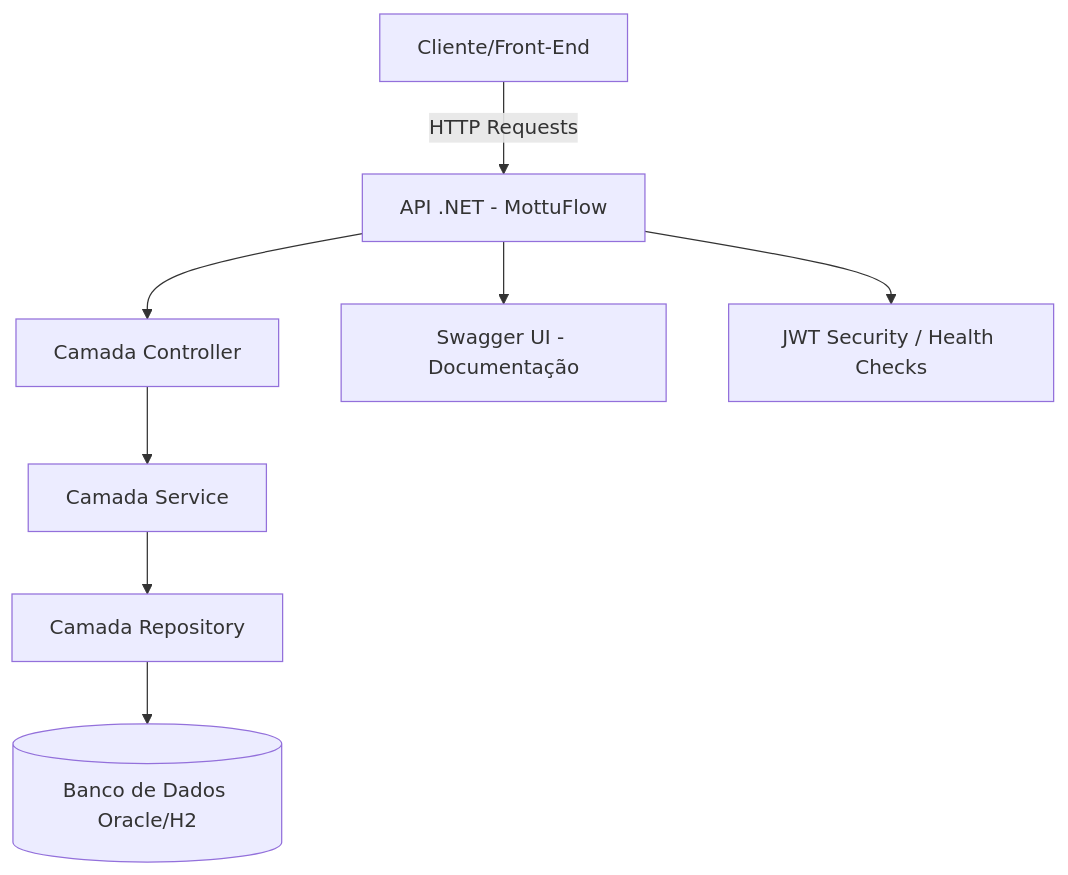
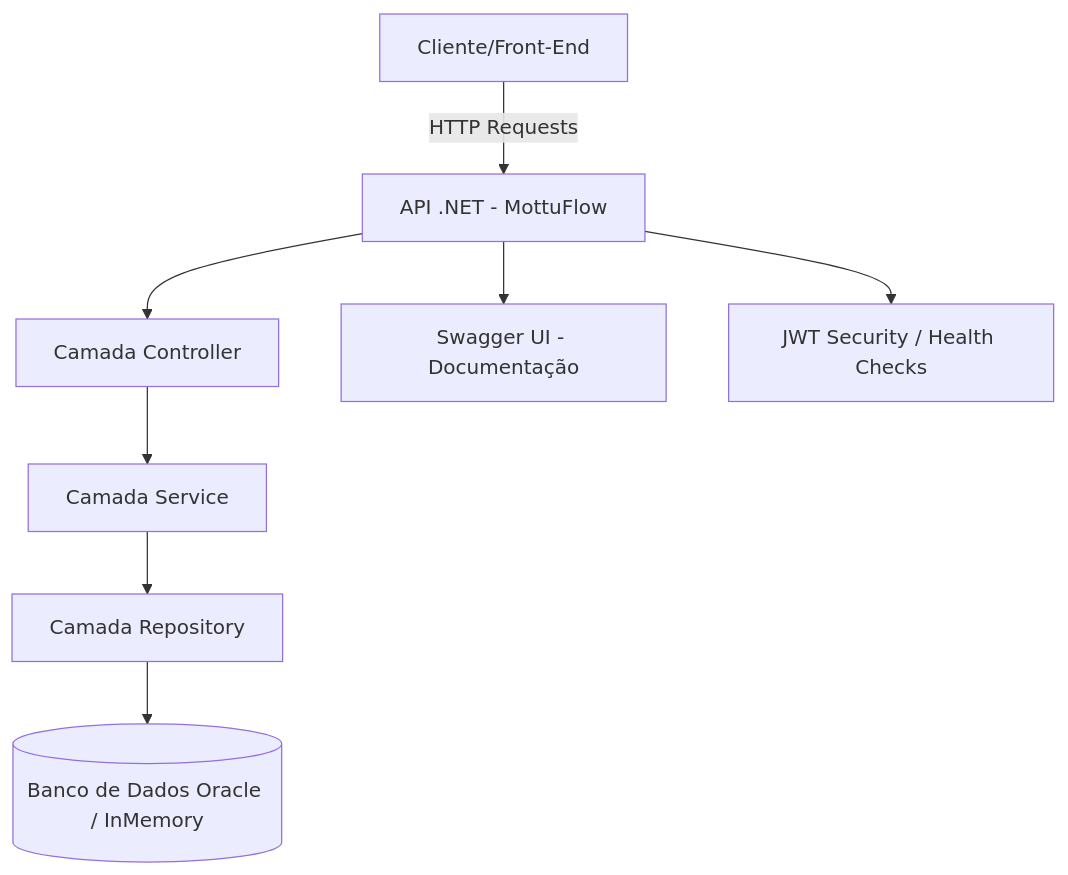
Before and after one commit to leomotalima/MottuFlow-Sprint4: the diagram in README.md, drawn with Mermaid. The commit also changed other lines of this file, not shown here.

````diff
--- a/README.md
+++ b/README.md
@@ -40,10 +40,10 @@
 ```mermaid
 graph TD
     A[Cliente/Front-End] -->|HTTP Requests| B[API .NET - MottuFlow]
     B --> C[Camada Controller]
     C --> D[Camada Service]
     D --> E[Camada Repository]
-    E --> F[(Banco de Dados Oracle/H2)]
+    E --> F[(Banco de Dados Oracle / InMemory)]
     B --> G[Swagger UI - Documentação]
     B --> H[JWT Security / Health Checks]
 ```
````
